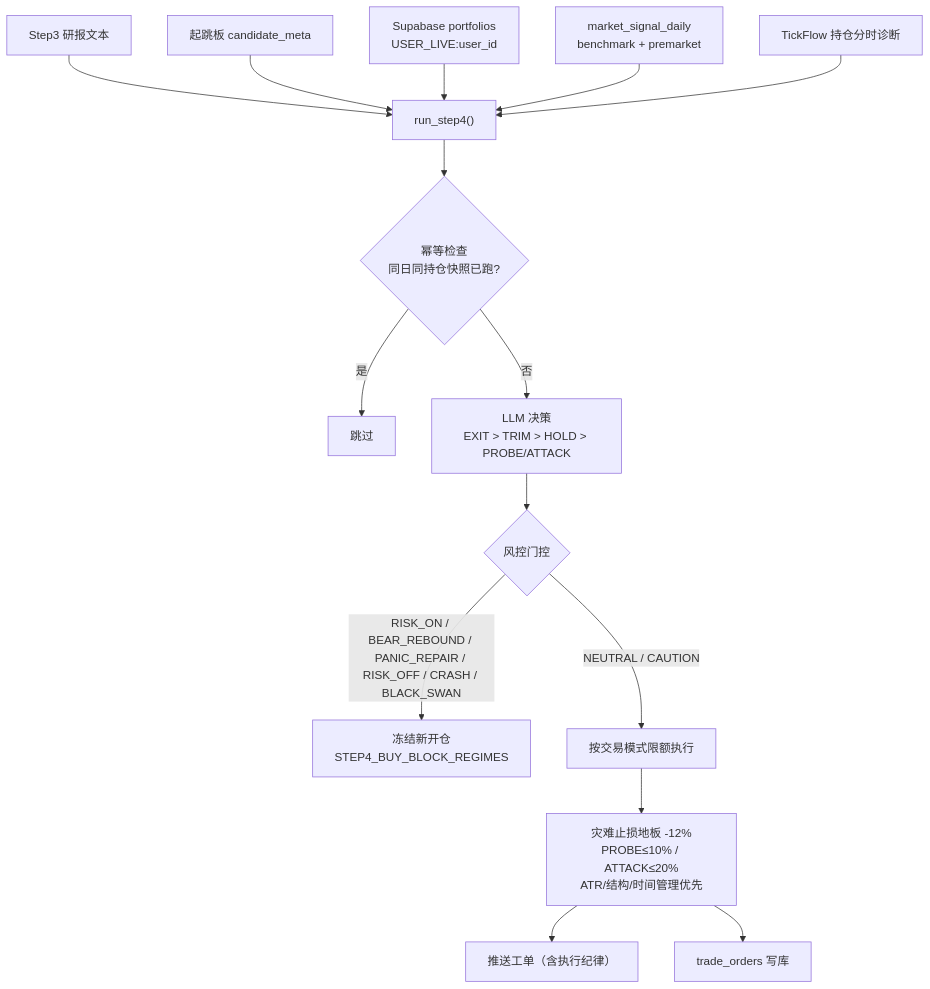
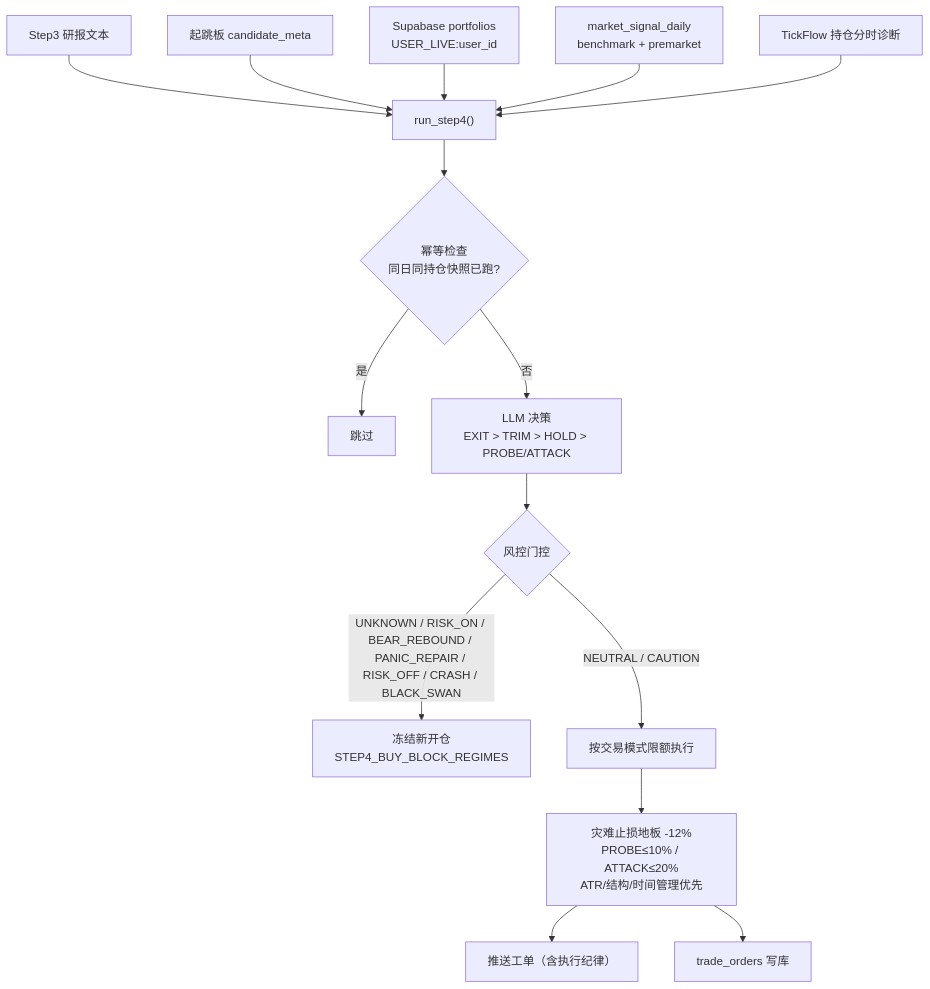
The fifth of 7 diagrams in docs/A_SHARE_FUNNEL_FLOW.md (niyoh120/Wyckoff-Analysis), drawn with Mermaid before and after one commit. The commit also changed other lines of this file and 17 other files, not shown here.

````diff
--- a/docs/A_SHARE_FUNNEL_FLOW.md
+++ b/docs/A_SHARE_FUNNEL_FLOW.md
@@ -278,20 +278,20 @@
 ```mermaid
 flowchart TD
     IN1["Step3 研报文本"] --> S4
     IN2["起跳板 candidate_meta"] --> S4
     IN3["Supabase portfolios<br/>USER_LIVE:user_id"] --> S4
     IN4["market_signal_daily<br/>benchmark + premarket"] --> S4
     IN5["TickFlow 持仓分时诊断"] --> S4
 
     S4["run_step4()"] --> IDEM{"幂等检查<br/>同日同持仓快照已跑?"}
     IDEM -->|是| SKIP["跳过"]
     IDEM -->|否| LLM["LLM 决策<br/>EXIT > TRIM > HOLD > PROBE/ATTACK"]
 
     LLM --> RISK{"风控门控"}
-    RISK -->|RISK_ON / BEAR_REBOUND / PANIC_REPAIR / RISK_OFF / CRASH / BLACK_SWAN| BLOCK_BUY["冻结新开仓<br/>STEP4_BUY_BLOCK_REGIMES"]
+    RISK -->|UNKNOWN / RISK_ON / BEAR_REBOUND / PANIC_REPAIR / RISK_OFF / CRASH / BLACK_SWAN| BLOCK_BUY["冻结新开仓<br/>STEP4_BUY_BLOCK_REGIMES"]
     RISK -->|NEUTRAL / CAUTION| ALLOW["按交易模式限额执行"]
 
     ALLOW --> OMS["灾难止损地板 -12%<br/>PROBE≤10% / ATTACK≤20%<br/>ATR/结构/时间管理优先"]
     OMS --> TG["推送工单（含执行纪律）"]
     OMS --> DB["trade_orders 写库"]
 ```
````
